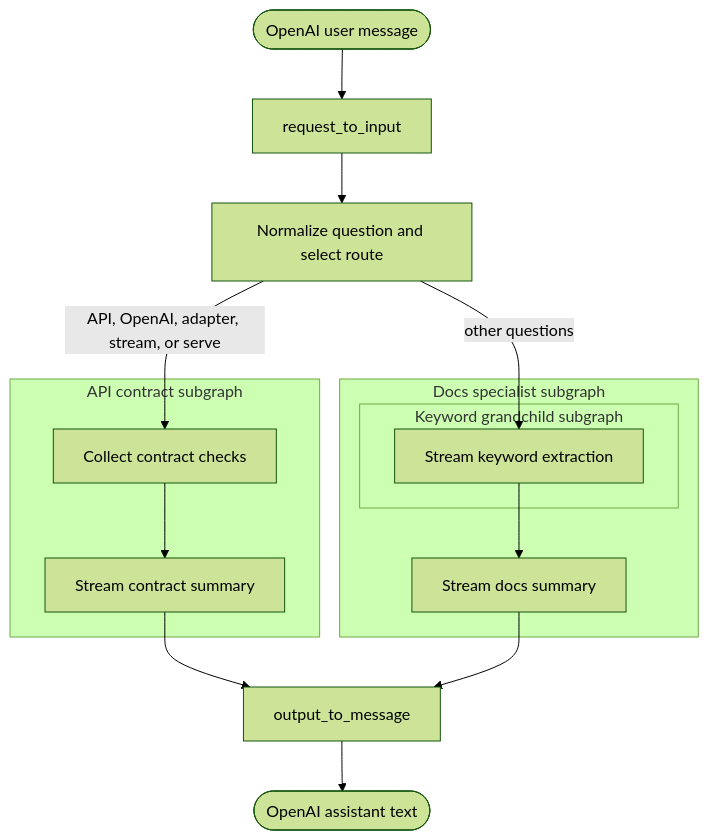
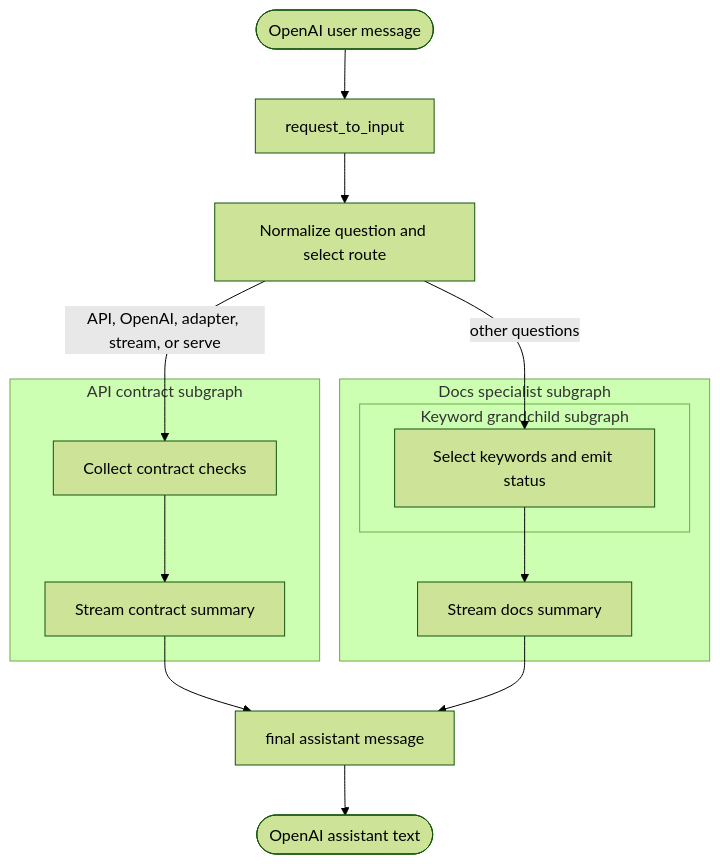
Before and after one commit to ilkersigirci/langgraph-openai-serve: the diagram in docs/demo/graphs/complex-subgraphs.md, drawn with Mermaid (forest theme). The commit also changed other lines of this file and 14 other files, not shown here.

````diff
--- a/docs/demo/graphs/complex-subgraphs.md
+++ b/docs/demo/graphs/complex-subgraphs.md
@@ -8,22 +9,22 @@
 ```mermaid
 flowchart TD
   request([OpenAI user message]) --> adapter["request_to_input"]
   adapter --> route["Normalize question and select route"]
 
   subgraph api["API contract subgraph"]
     checks["Collect contract checks"] --> api_summary["Stream contract summary"]
   end
 
   subgraph docs["Docs specialist subgraph"]
     subgraph keywords["Keyword grandchild subgraph"]
-      extract["Stream keyword extraction"]
+      extract["Select keywords and emit status"]
     end
     extract --> docs_summary["Stream docs summary"]
   end
 
   route -->|"API, OpenAI, adapter, stream, or serve"| checks
   route -->|"other questions"| extract
-  api_summary --> output["output_to_message"]
+  api_summary --> output["final assistant message"]
   docs_summary --> output
   output --> response([OpenAI assistant text])
 ```
````
